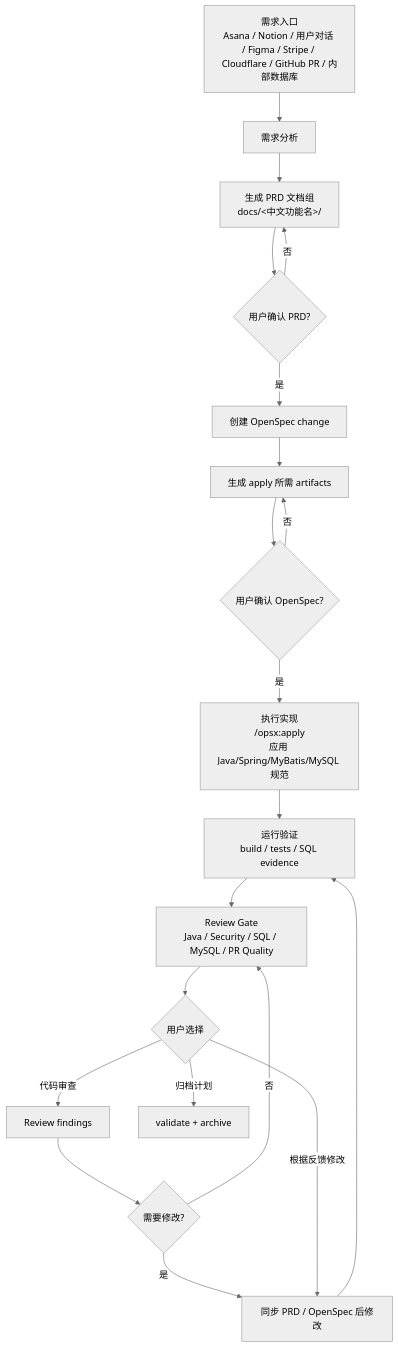
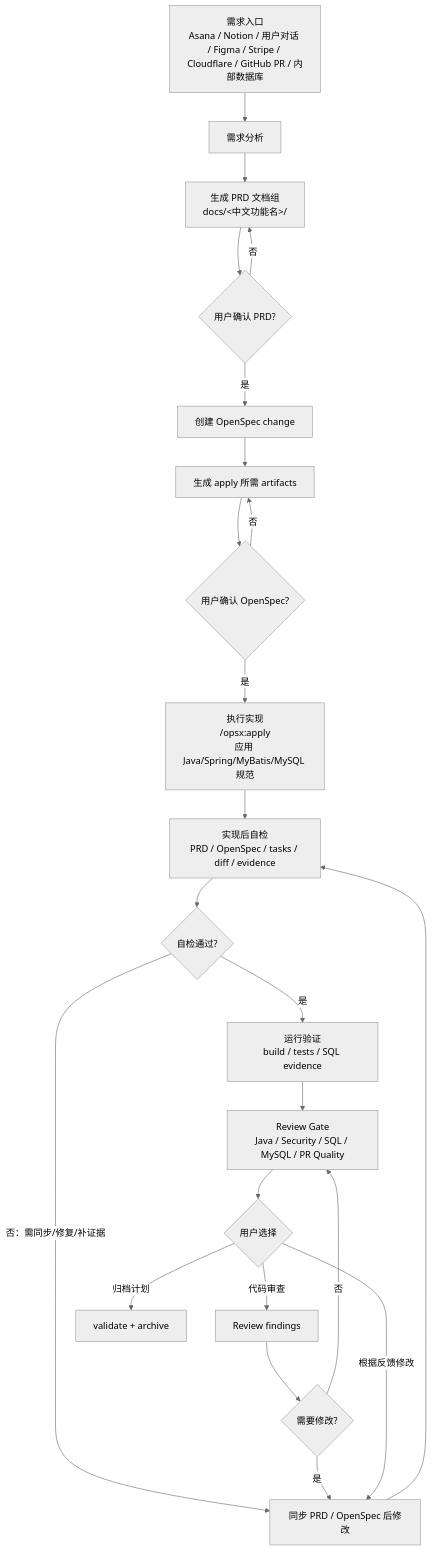
The first of 6 diagrams in 流程图.md (WealthyMan95/hades-openspec-java-workflow), drawn with Mermaid (neutral theme) before and after one commit. The commit also changed other lines of this file and 23 other files, not shown here.

````diff
--- a/流程图.md
+++ b/流程图.md
@@ -5,22 +5,25 @@
 ```mermaid
 flowchart TD
   A["需求入口<br/>Asana / Notion / 用户对话 / Figma / Stripe / Cloudflare / GitHub PR / 内部数据库"] --> B["需求分析"]
   B --> C["生成 PRD 文档组<br/>docs/&lt;中文功能名&gt;/"]
   C --> D{"用户确认 PRD?"}
   D -- "否" --> C
   D -- "是" --> E["创建 OpenSpec change"]
   E --> F["生成 apply 所需 artifacts"]
   F --> G{"用户确认 OpenSpec?"}
   G -- "否" --> F
   G -- "是" --> H["执行实现<br/>/opsx:apply<br/>应用 Java/Spring/MyBatis/MySQL 规范"]
-  H --> I["运行验证<br/>build / tests / SQL evidence"]
+  H --> H1["实现后自检<br/>PRD / OpenSpec / tasks / diff / evidence"]
+  H1 --> H2{"自检通过?"}
+  H2 -- "否：需同步/修复/补证据" --> N["同步 PRD / OpenSpec 后修改"]
+  H2 -- "是" --> I["运行验证<br/>build / tests / SQL evidence"]
   I --> J["Review Gate<br/>Java / Security / SQL / MySQL / PR Quality"]
   J --> K{"用户选择"}
   K -- "代码审查" --> L["Review findings"]
   L --> M{"需要修改?"}
-  M -- "是" --> N["同步 PRD / OpenSpec 后修改"]
-  N --> I
+  M -- "是" --> N
+  N --> H1
   M -- "否" --> J
   K -- "根据反馈修改" --> N
   K -- "归档计划" --> O["validate + archive"]
 ```
````
